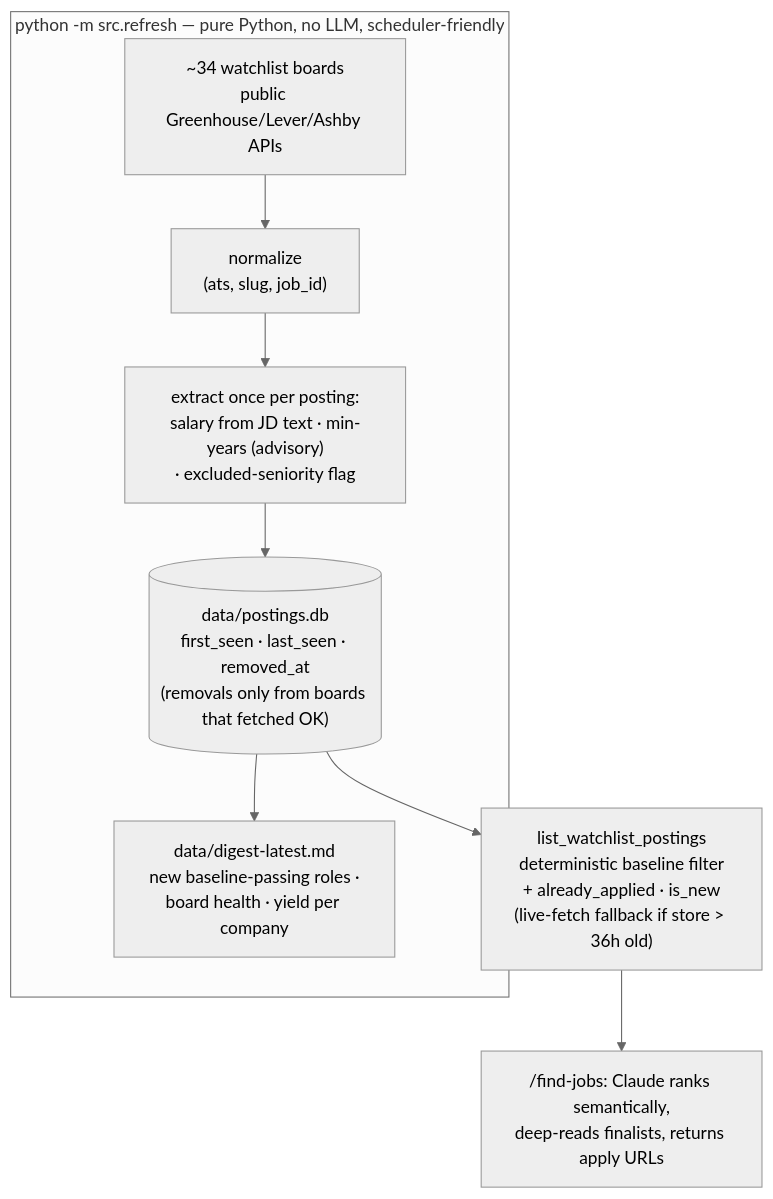
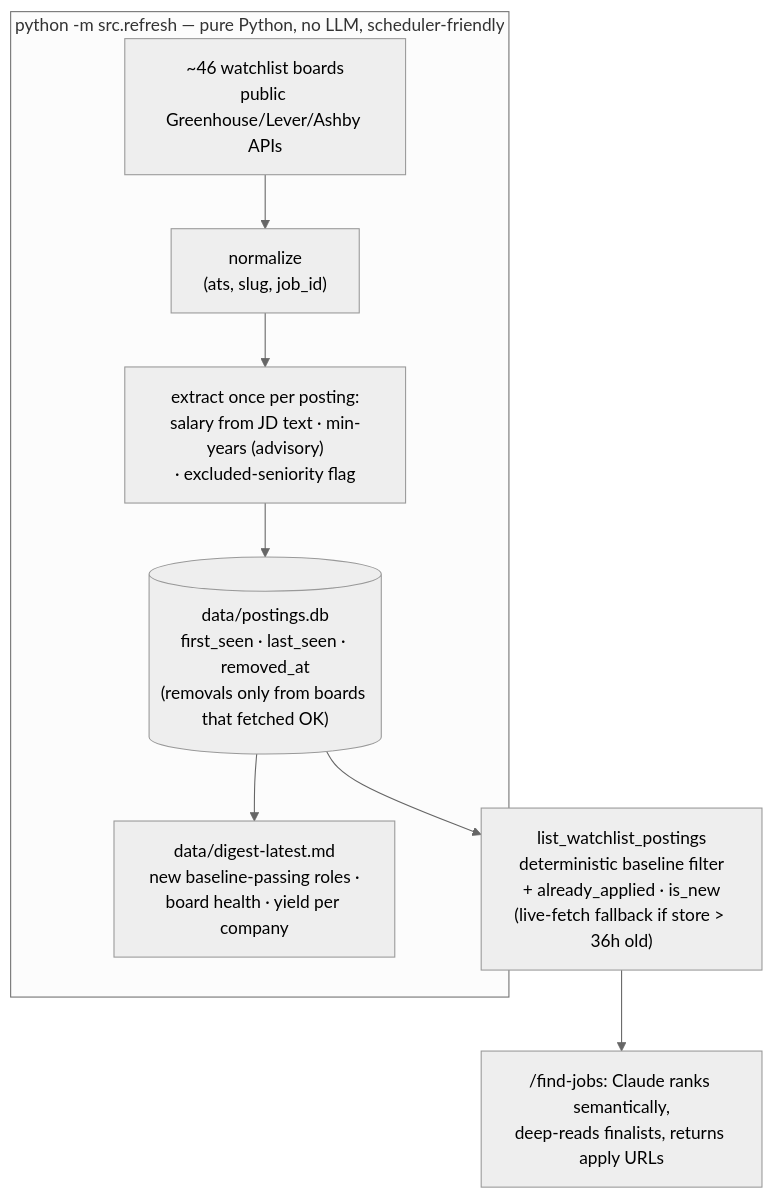
One commit to sbhaskaran0/job-applier changed the first of 7 diagrams in README.md. Above: the diagram before and after it, drawn with Mermaid (neutral theme). The commit also changed 11 other files, not shown here.

````diff
--- a/README.md
+++ b/README.md
@@ -67,11 +67,11 @@
 ```mermaid
 flowchart TD
     subgraph ING["python -m src.refresh — pure Python, no LLM, scheduler-friendly"]
-        B["~34 watchlist boards<br/>public Greenhouse/Lever/Ashby APIs"] --> N["normalize<br/>(ats, slug, job_id)"]
+        B["~46 watchlist boards<br/>public Greenhouse/Lever/Ashby APIs"] --> N["normalize<br/>(ats, slug, job_id)"]
         N --> X["extract once per posting:<br/>salary from JD text · min-years (advisory)<br/>· excluded-seniority flag"]
         X --> DB[("data/postings.db<br/>first_seen · last_seen · removed_at<br/>(removals only from boards that fetched OK)")]
         DB --> DG["data/digest-latest.md<br/>new baseline-passing roles ·<br/>board health · yield per company"]
     end
     DB --> Q["list_watchlist_postings<br/>deterministic baseline filter<br/>+ already_applied · is_new<br/>(live-fetch fallback if store > 36h old)"]
     Q --> R["/find-jobs: Claude ranks semantically,<br/>deep-reads finalists, returns apply URLs"]
 ```
````
